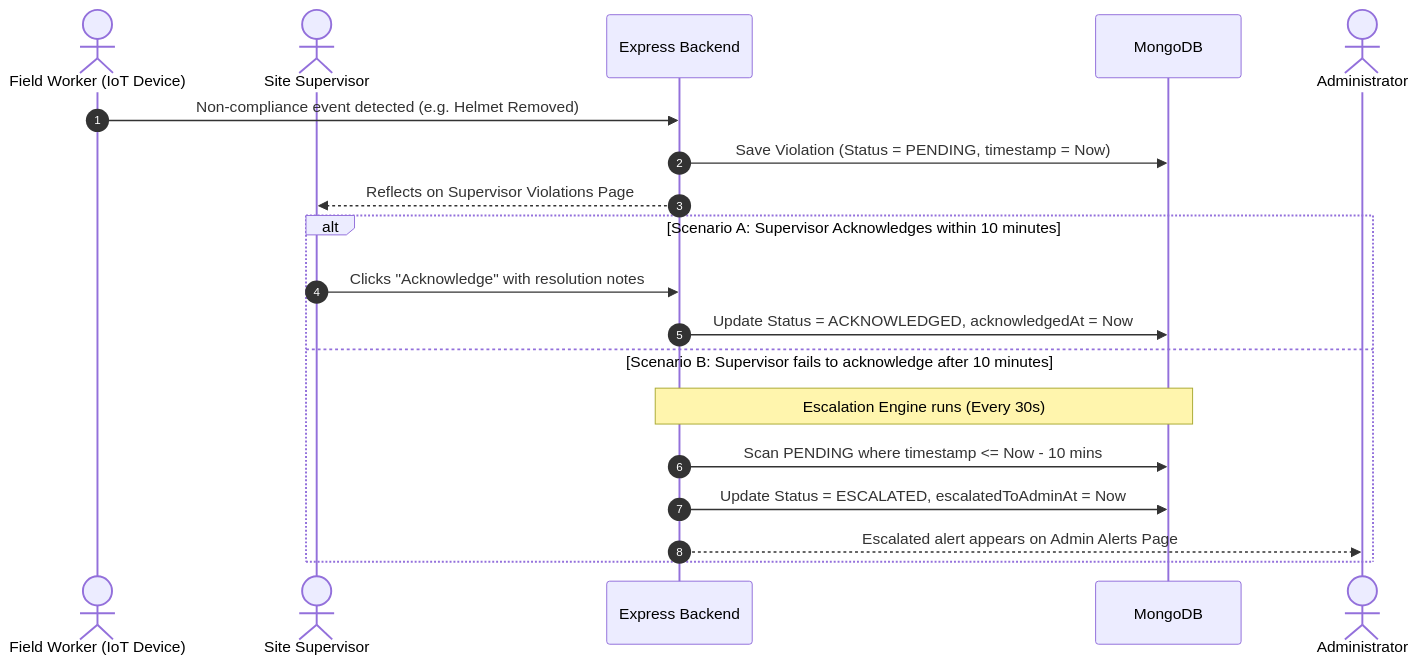
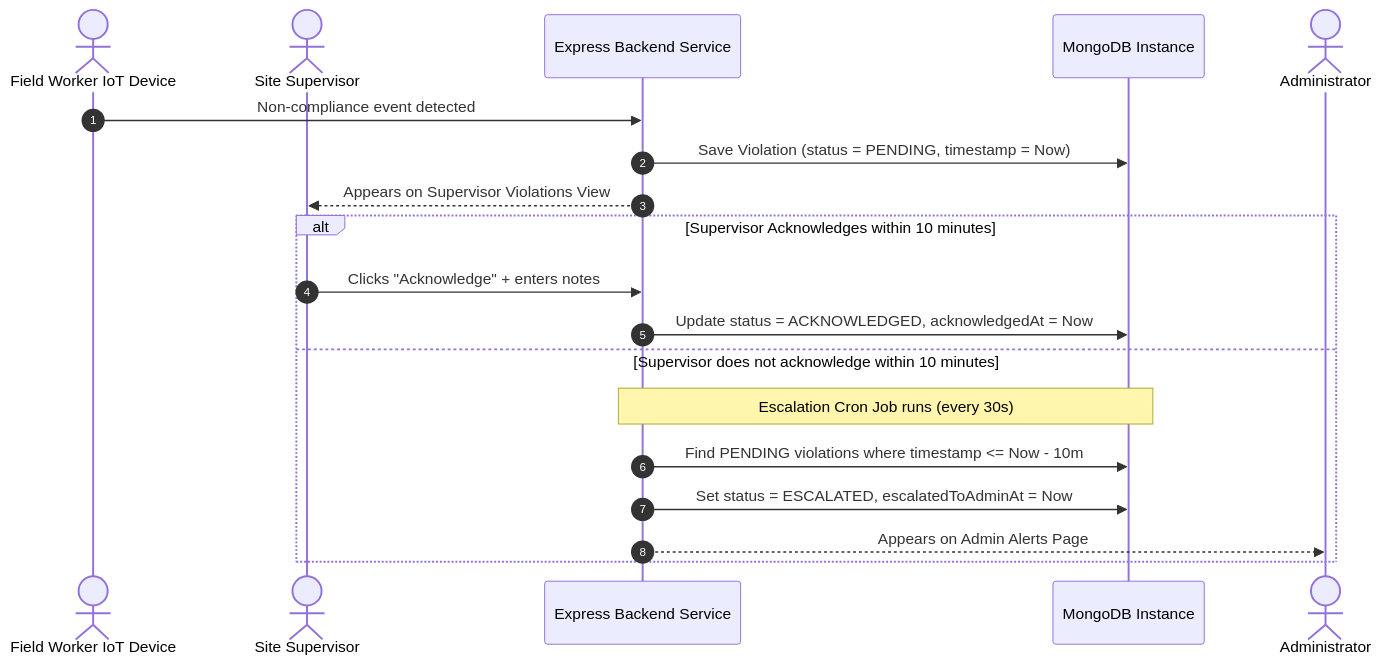
One commit to ak8006181716/WorkForce-Sentinel changed the second of 2 diagrams in docs/PROJECT_DOCUMENTATION.md. Above: the diagram before and after it, drawn with Mermaid. The commit also changed other lines of this file and 9 other files, not shown here.

````diff
--- a/docs/PROJECT_DOCUMENTATION.md
+++ b/docs/PROJECT_DOCUMENTATION.md
@@ -43,23 +33,23 @@
 ```mermaid
 sequenceDiagram
     autonumber
-    actor Worker as Field Worker (IoT Device)
+    actor Worker as Field Worker IoT Device
     actor Supervisor as Site Supervisor
-    participant Backend as Express Backend
-    participant DB as MongoDB
+    participant Backend as Express Backend Service
+    participant DB as MongoDB Instance
     actor Admin as Administrator
 
-    Worker->>Backend: Non-compliance event detected (e.g. Helmet Removed)
-    Backend->>DB: Save Violation (Status = PENDING, timestamp = Now)
-    Backend-->>Supervisor: Reflects on Supervisor Violations Page
+    Worker->>Backend: Non-compliance event detected
+    Backend->>DB: Save Violation (status = PENDING, timestamp = Now)
+    Backend-->>Supervisor: Appears on Supervisor Violations View
     
-    alt Scenario A: Supervisor Acknowledges within 10 minutes
-        Supervisor->>Backend: Clicks "Acknowledge" with resolution notes
-        Backend->>DB: Update Status = ACKNOWLEDGED, acknowledgedAt = Now
-    else Scenario B: Supervisor fails to acknowledge after 10 minutes
-        Note over Backend, DB: Escalation Engine runs (Every 30s)
-        Backend->>DB: Scan PENDING where timestamp <= Now - 10 mins
-        Backend->>DB: Update Status = ESCALATED, escalatedToAdminAt = Now
-        Backend-->>Admin: Escalated alert appears on Admin Alerts Page
+    alt Supervisor Acknowledges within 10 minutes
+        Supervisor->>Backend: Clicks "Acknowledge" + enters notes
+        Backend->>DB: Update status = ACKNOWLEDGED, acknowledgedAt = Now
+    else Supervisor does not acknowledge within 10 minutes
+        Note over Backend, DB: Escalation Cron Job runs (every 30s)
+        Backend->>DB: Find PENDING violations where timestamp <= Now - 10m
+        Backend->>DB: Set status = ESCALATED, escalatedToAdminAt = Now
+        Backend-->>Admin: Appears on Admin Alerts Page
     end
 ```
````
